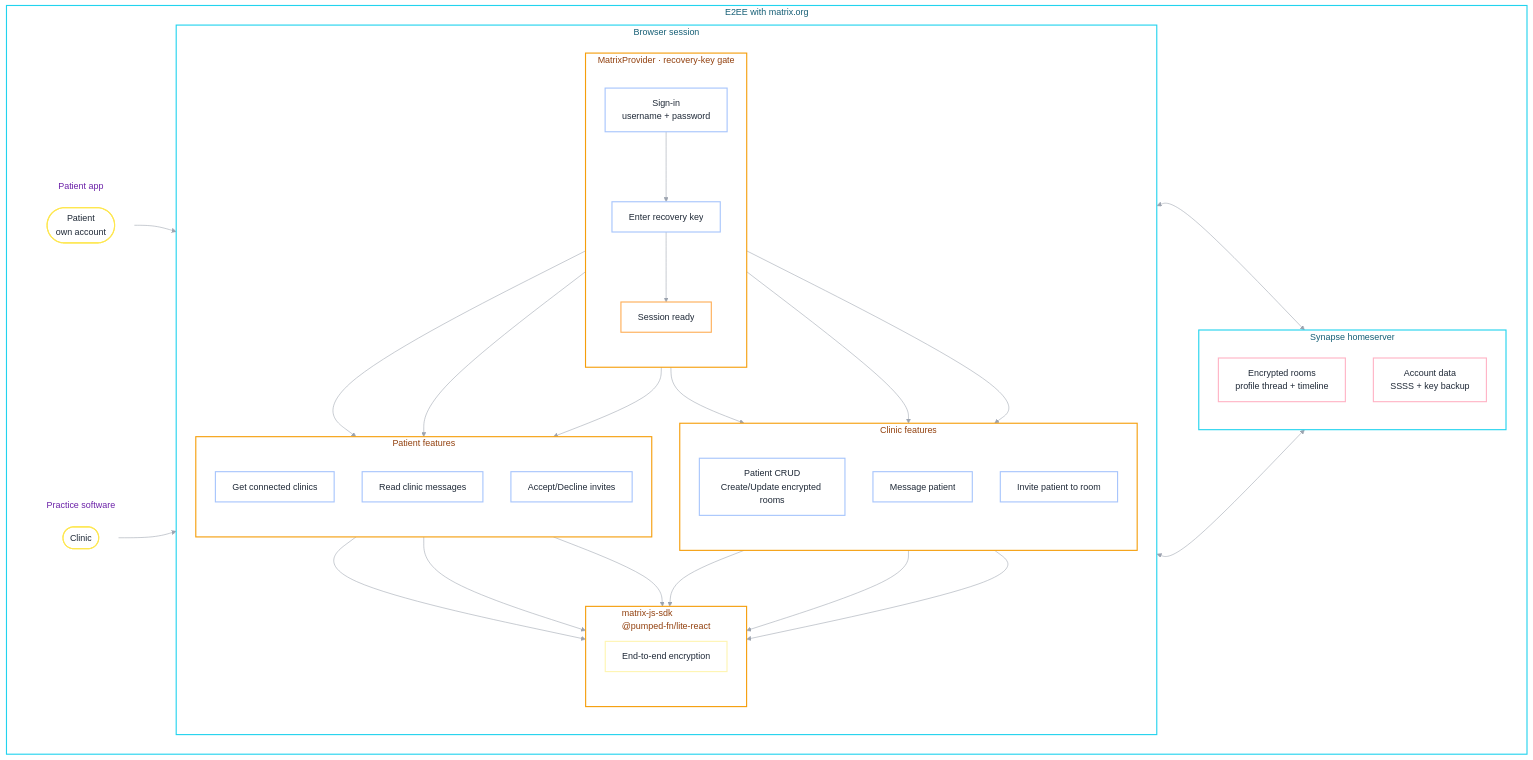
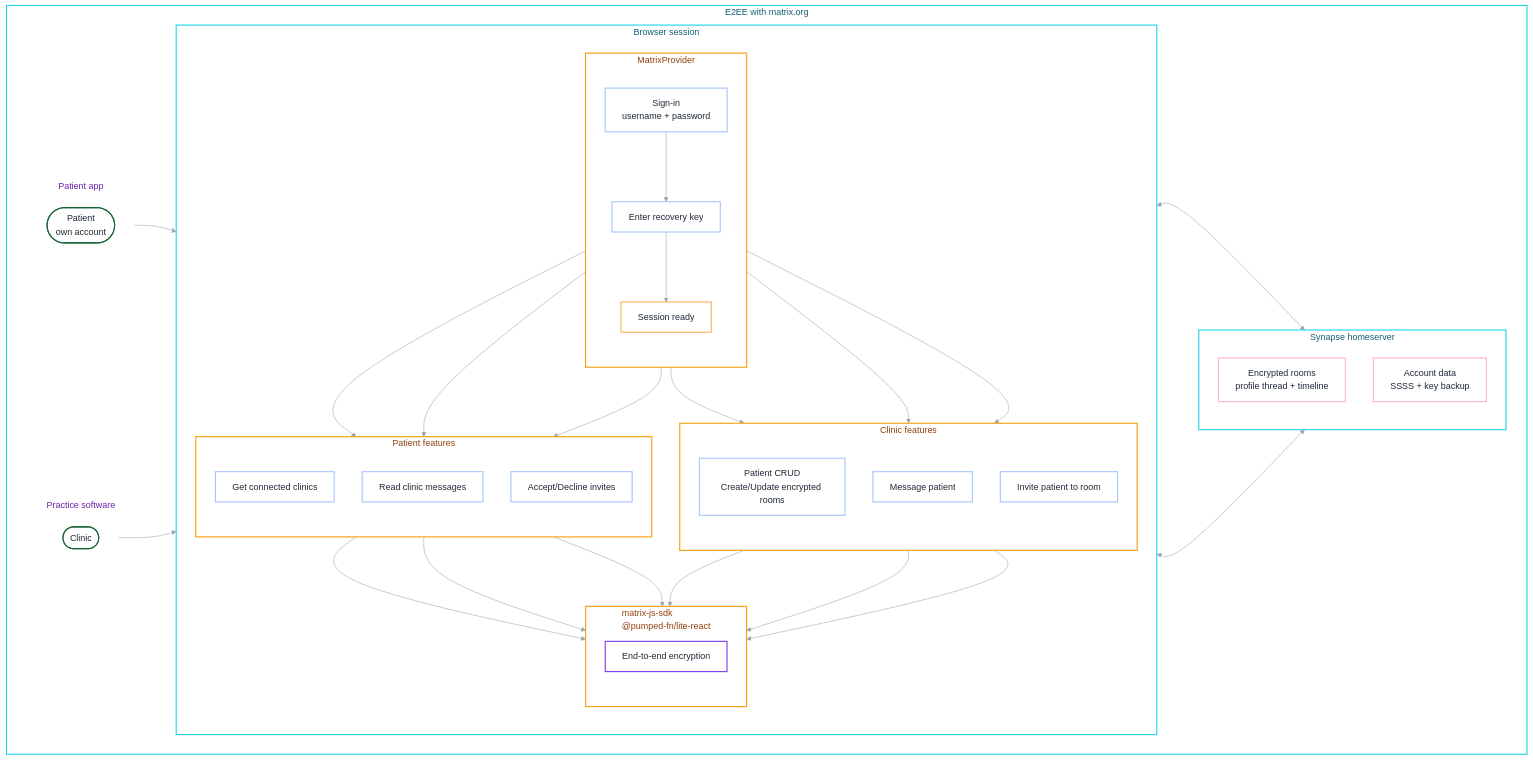
Before and after one commit to tini-works/e2ee-exploration: the second of 2 diagrams in .c3/c3.md, drawn with Mermaid.

Commit message:
docs(c3): tweak flow diagram colors (actor green, policy purple)

```diff
--- a/.c3/c3.md
+++ b/.c3/c3.md
@@ -78,7 +78,7 @@
         subgraph BrowserZone["Browser session"]
             direction TB
 
-            subgraph Gate["MatrixProvider · recovery-key gate"]
+            subgraph Gate["MatrixProvider"]
                 direction TB
                 SignIn["Sign-in<br/>username + password"]:::command
                 RecoveryKey["Enter recovery key"]:::command
@@ -131,10 +131,10 @@
     Crypto <--> Rooms
     Crypto <--> Account
 
-    classDef actor fill:#ffffff,stroke:#fee750,stroke-width:2px,color:#1f2937
+    classDef actor fill:#ffffff,stroke:#166534,stroke-width:2px,color:#1f2937
     classDef command fill:#ffffff,stroke:#a7c5fc,stroke-width:2px,color:#1f2937
     classDef event fill:#ffffff,stroke:#feae57,stroke-width:2px,color:#1f2937
-    classDef policy fill:#ffffff,stroke:#fef5b2,stroke-width:2px,color:#1f2937
+    classDef policy fill:#ffffff,stroke:#7c3aed,stroke-width:2px,color:#1f2937
     classDef reaction_policy fill:#ffffff,stroke:#da99e6,stroke-width:2px,color:#1f2937
     classDef read_model fill:#ffffff,stroke:#b0deb3,stroke-width:2px,color:#1f2937
     classDef ui fill:#ffffff,stroke:#f5f6f8,stroke-width:2px,color:#1f2937
```
